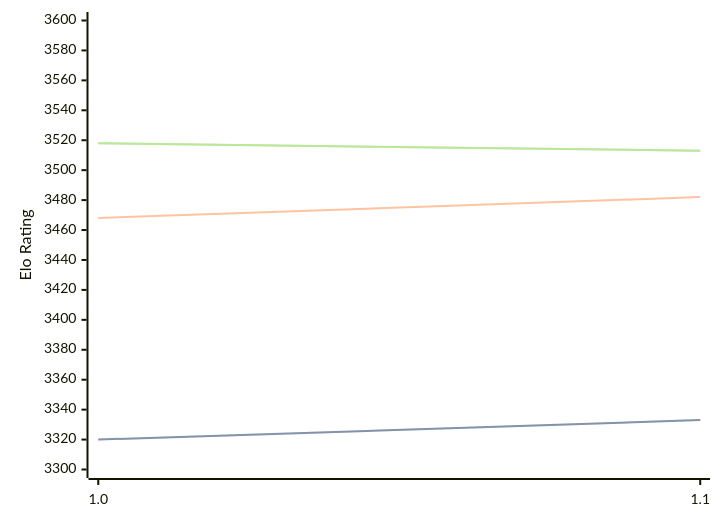
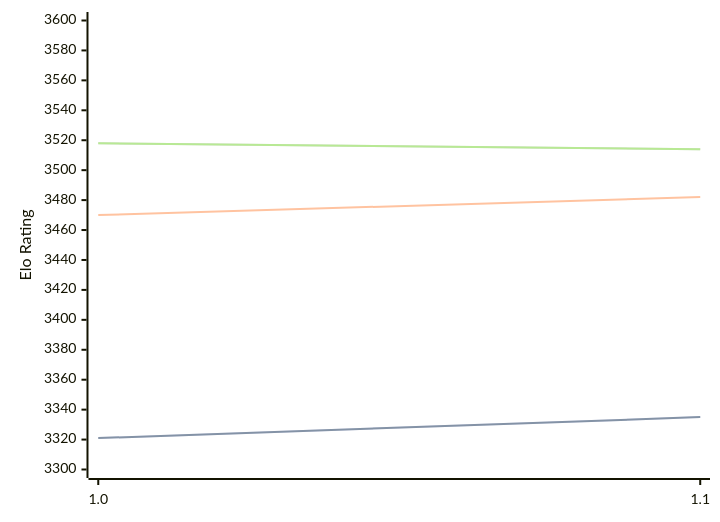
The third of 3 diagrams in engines/Horsie.md (computer-chess-index/cci), drawn with Mermaid before and after one commit. The commit also changed other lines of this file, not shown here.

Commit message:
Update CCI Ratings (ELO VLTC) - 2026-06-22

````diff
--- a/engines/Horsie.md
+++ b/engines/Horsie.md
@@ -65,11 +65,11 @@
 ```mermaid
 %%{init: {"theme":"base","themeVariables":{"seriesColors:['#a3a3a3','#222221','#faa371']}}}%%
 xychart-beta
   x-axis ["1.0", "1.1"]
   y-axis "Elo Rating" 3300 --> 3600
-  line "STC (8.0+0.08s)" [3320, 3333]
-  line "STC (8.0+0.08s)" [3320, 3333]
-  line "LTC (60.0+0.60s)" [3468, 3482]
-  line "VLTC (2m24s+1.12s)" [3518, 3513]
-  line "VLTC (2m24s+1.12s)" [3518, 3513]
+  line "STC (8.0+0.08s)" [3321, 3335]
+  line "STC (8.0+0.08s)" [3321, 3335]
+  line "LTC (60.0+0.60s)" [3470, 3482]
+  line "VLTC (2m24s+1.12s)" [3518, 3514]
+  line "VLTC (2m24s+1.12s)" [3518, 3514]
 ```
````
